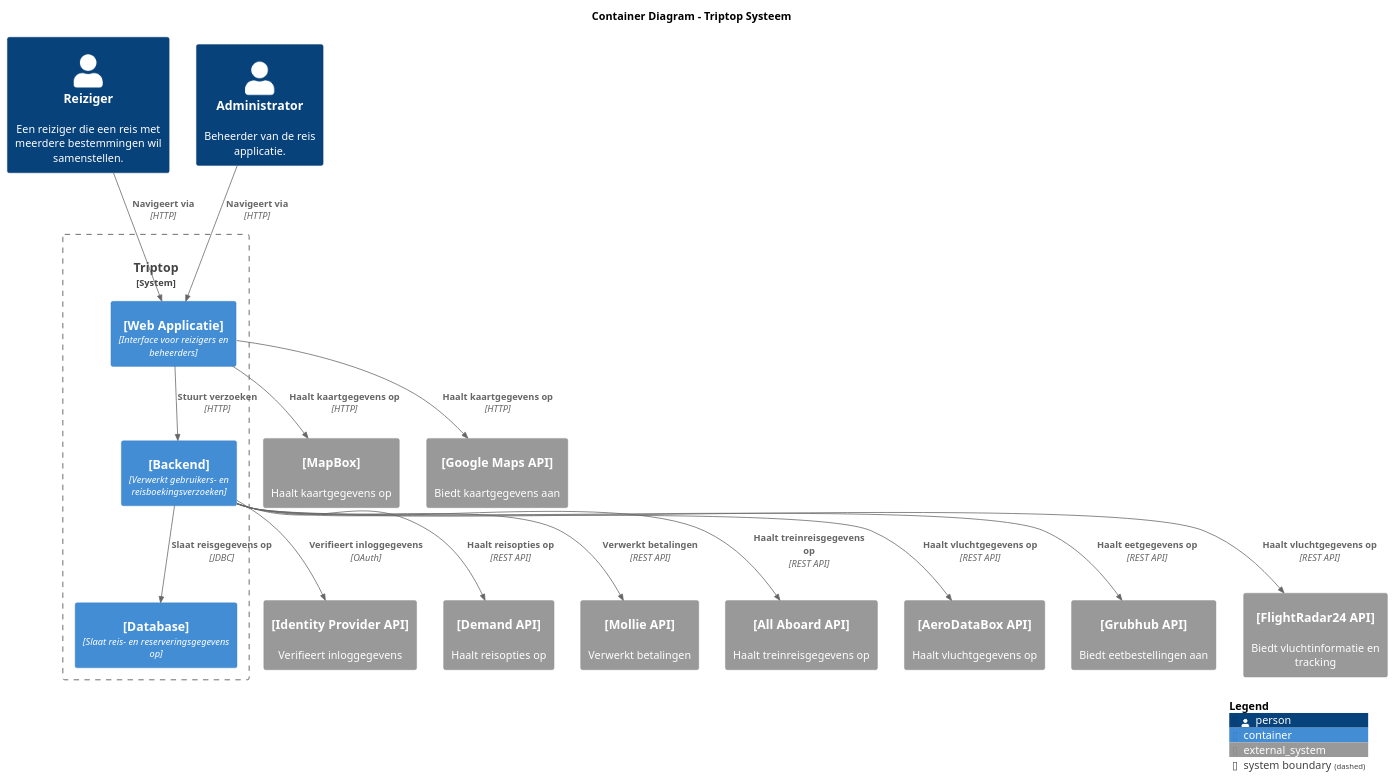
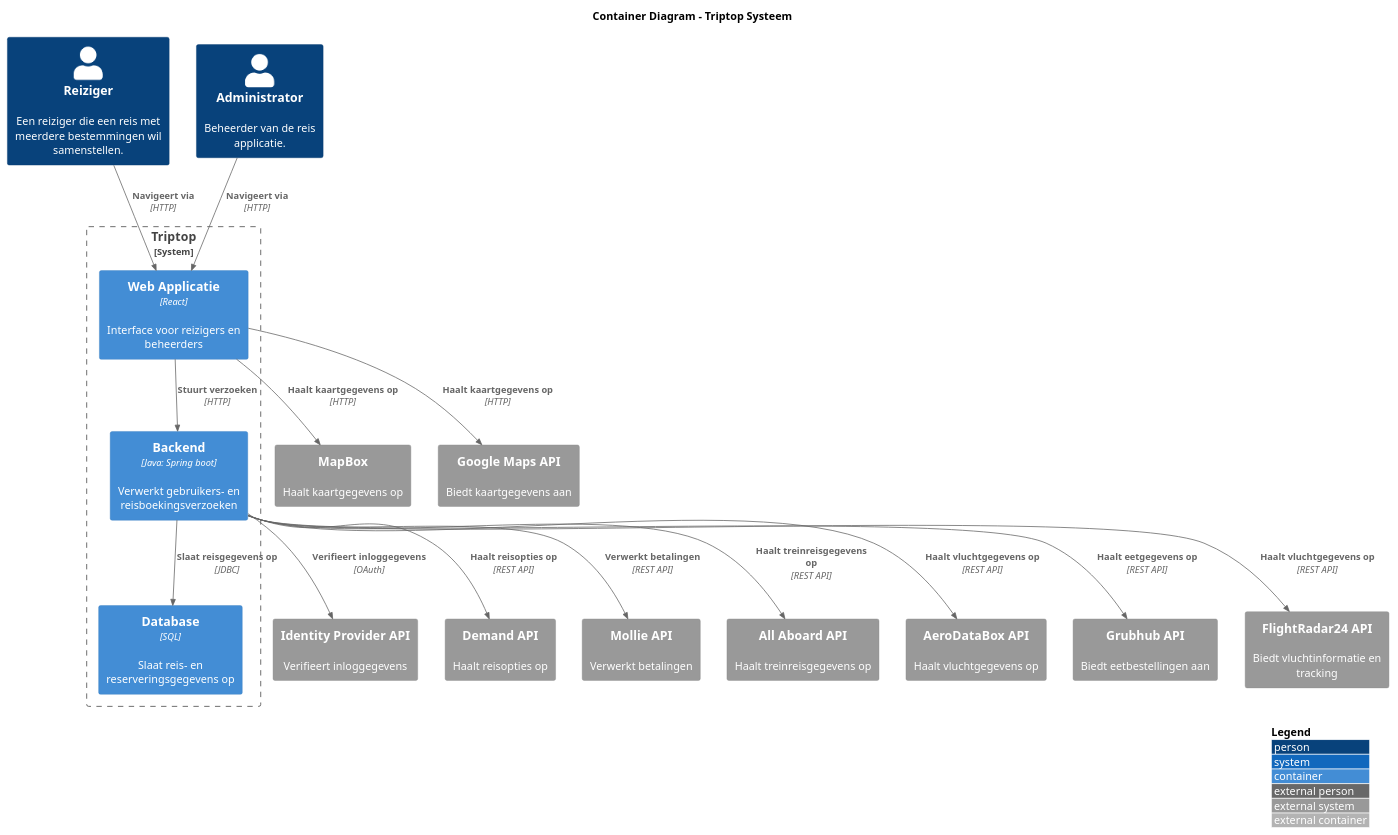
One commit to AIM-ENE-feb25/triptop-groep-b2 changed the diagram in container-diagram.puml. Above: the diagram before and after it, drawn with PlantUML. The commit also changed 4 other files, not shown here.

Commit message:
updated diagrams

```diff
--- a/container-diagram.puml
+++ b/container-diagram.puml
@@ -1,51 +1,50 @@
 @startuml Container_Diagram
 !include https://raw.githubusercontent.com/plantuml-stdlib/C4-PlantUML/master/C4_Container.puml
 
 skinparam {
     rectangle {
         StereotypeFontSize 0
         StereotypeFontColor white
     }
 }
+LAYOUT_WITH_LEGEND()
 
 title Container Diagram - Triptop Systeem
 
 Person(traveller, "Reiziger", "Een reiziger die een reis met meerdere bestemmingen wil samenstellen.")
 Person(admin, "Administrator", "Beheerder van de reis applicatie.")
 
 System_Boundary(Triptop, "Triptop", "Systeem voor het samenstellen van reizen.") {
-    Container(WebApp, "[Web Applicatie]", "Interface voor reizigers en beheerders")
-    Container(Backend, "[Backend]", "Verwerkt gebruikers- en reisboekingsverzoeken")
-    Container(Database, "[Database]", "Slaat reis- en reserveringsgegevens op")
+    Container(WebApp, "Web Applicatie", "React", "Interface voor reizigers en beheerders")
+    Container(Backend, "Backend", "Java: Spring boot","Verwerkt gebruikers- en reisboekingsverzoeken")
+    Container(Database, "Database", "SQL", "Slaat reis- en reserveringsgegevens op")
 }
 
-System_Ext(IdentityProvider, "[Identity Provider API]", "Verifieert inloggegevens")
-System_Ext(DemandAPI, "[Demand API]", "Haalt reisopties op")
-System_Ext(MollieAPI, "[Mollie API]", "Verwerkt betalingen")
-System_Ext(MapBoxAPI, "[MapBox]", "Haalt kaartgegevens op")
-System_Ext(AllAboardAPI, "[All Aboard API]", "Haalt treinreisgegevens op")
-System_Ext(AeroDataBoxAPI, "[AeroDataBox API]", "Haalt vluchtgegevens op")
-System_Ext(GrubhubAPI, "[Grubhub API]", "Biedt eetbestellingen aan")
-System_Ext(GoogleMapsAPI, "[Google Maps API]", "Biedt kaartgegevens aan")
-System_Ext(FlightRadar24API, "[FlightRadar24 API]", "Biedt vluchtinformatie en tracking")
+System_Ext(IdentityProvider, "Identity Provider API", "Verifieert inloggegevens")
+System_Ext(DemandAPI, "Demand API", "Haalt reisopties op")
+System_Ext(MollieAPI, "Mollie API", "Verwerkt betalingen")
+System_Ext(MapBoxAPI, "MapBox", "Haalt kaartgegevens op")
+System_Ext(AllAboardAPI, "All Aboard API", "Haalt treinreisgegevens op")
+System_Ext(AeroDataBoxAPI, "AeroDataBox API", "Haalt vluchtgegevens op")
+System_Ext(GrubhubAPI, "Grubhub API", "Biedt eetbestellingen aan")
+System_Ext(GoogleMapsAPI, "Google Maps API", "Biedt kaartgegevens aan")
+System_Ext(FlightRadar24API, "FlightRadar24 API", "Biedt vluchtinformatie en tracking")
 
 Rel(traveller, WebApp, "Navigeert via", "HTTP")
 Rel(admin, WebApp, "Navigeert via", "HTTP")
 
 
 
 Rel(WebApp, Backend, "Stuurt verzoeken", "HTTP")
 Rel(WebApp, MapBoxAPI, "Haalt kaartgegevens op", "HTTP")
 Rel(WebApp, GoogleMapsAPI, "Haalt kaartgegevens op", "HTTP")
 
 Rel(Backend, Database, "Slaat reisgegevens op", "JDBC")
 Rel(Backend, IdentityProvider, "Verifieert inloggegevens", "OAuth")
 Rel(Backend, DemandAPI, "Haalt reisopties op", "REST API")
 Rel(Backend, MollieAPI, "Verwerkt betalingen", "REST API")
 Rel(Backend, AllAboardAPI, "Haalt treinreisgegevens op", "REST API")
 Rel(Backend, AeroDataBoxAPI, "Haalt vluchtgegevens op", "REST API")
 Rel(Backend, GrubhubAPI, "Haalt eetgegevens op", "REST API")
 Rel(Backend, FlightRadar24API, "Haalt vluchtgegevens op", "REST API")
-
-SHOW_LEGEND(TRUE)
 @enduml
```
